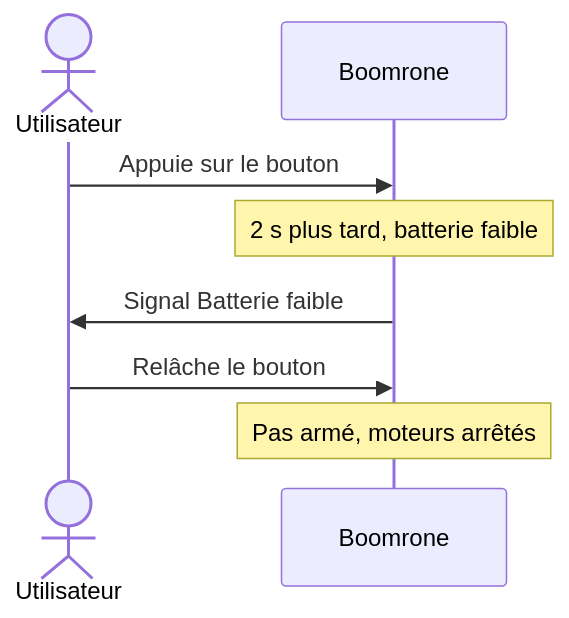
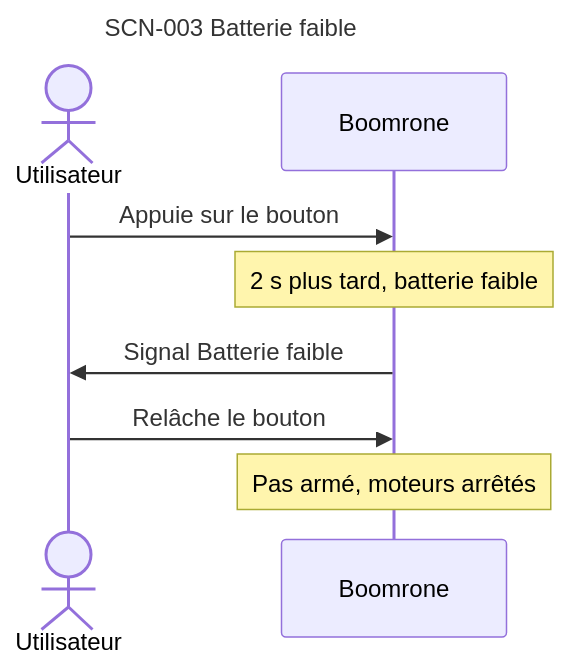
One commit to thourymatthieu-png/coworker_archi_system changed the fifth of 13 diagrams in projets/boomrone/00-scenarios.md. Above: the diagram before and after it, drawn with Mermaid. The commit also changed other lines of this file and 3 other files, not shown here.

````diff
--- a/projets/boomrone/00-scenarios.md
+++ b/projets/boomrone/00-scenarios.md
@@ -151,10 +188,13 @@
 ```mermaid
+---
+title: "SCN-003 Batterie faible"
+---
 sequenceDiagram
     actor U as Utilisateur
     participant D as Boomrone
     U->>D: Appuie sur le bouton
     Note over D: 2 s plus tard, batterie faible
     D->>U: Signal Batterie faible
     U->>D: Relâche le bouton
     Note over D: Pas armé, moteurs arrêtés
 ```
````
